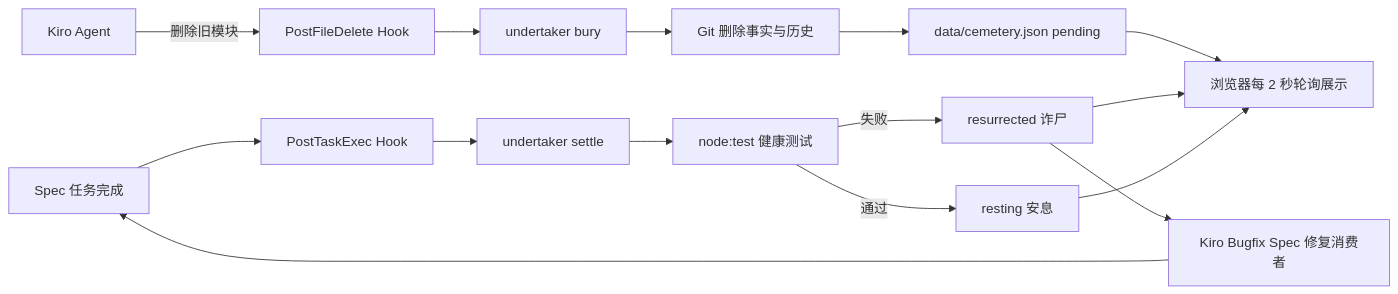
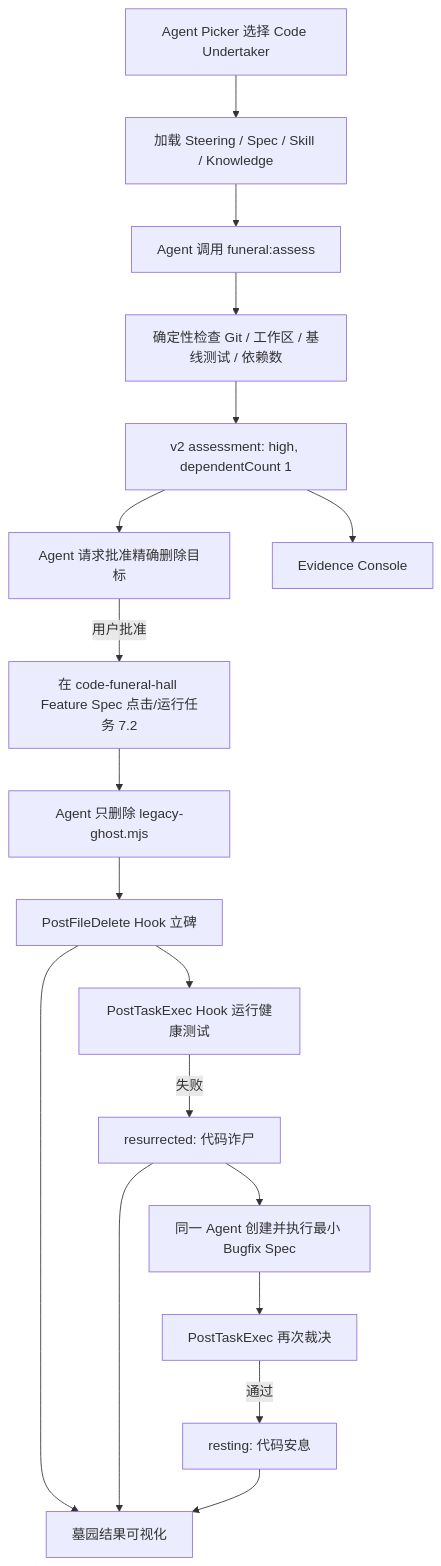
The diagram in docs/AI-HANDOFF.md (xiaosongxiaosong1111/code-funeral-hall), drawn with Mermaid before and after one commit. The commit also changed other lines of this file and 25 other files, not shown here.

Commit message:
feat: add Code Undertaker agent workflow

````diff
--- a/docs/AI-HANDOFF.md
+++ b/docs/AI-HANDOFF.md
@@ -58,17 +73,20 @@
 ```mermaid
-flowchart LR
-    A[Kiro Agent] -->|删除旧模块| B[PostFileDelete Hook]
-    B --> C[undertaker bury]
-    C --> D[Git 删除事实与历史]
-    D --> E[data/cemetery.json pending]
-    M[Spec 任务完成] --> F[PostTaskExec Hook]
-    F --> G[undertaker settle]
-    G --> H[node:test 健康测试]
-    H -->|失败| I[resurrected 诈尸]
-    I --> J[Kiro Bugfix Spec 修复消费者]
-    J --> M
-    H -->|通过| K[resting 安息]
-    E --> L[浏览器每 2 秒轮询展示]
-    I --> L
-    K --> L
+flowchart TD
+    A[Agent Picker 选择 Code Undertaker] --> B[加载 Steering / Spec / Skill / Knowledge]
+    B --> C[Agent 调用 funeral:assess]
+    C --> D[确定性检查 Git / 工作区 / 基线测试 / 依赖数]
+    D --> E[v2 assessment: high, dependentCount 1]
+    E --> F[Agent 请求批准精确删除目标]
+    F -->|用户批准| G[在 code-funeral-hall Feature Spec 点击/运行任务 7.2]
+    G --> G2[Agent 只删除 legacy-ghost.mjs]
+    G2 --> H[PostFileDelete Hook 立碑]
+    H --> I[PostTaskExec Hook 运行健康测试]
+    I -->|失败| J[resurrected: 代码诈尸]
+    J --> K[同一 Agent 创建并执行最小 Bugfix Spec]
+    K --> L[PostTaskExec 再次裁决]
+    L -->|通过| M[resting: 代码安息]
+    E --> N[Evidence Console]
+    H --> O[墓园结果可视化]
+    J --> O
+    M --> O
 ```
````
